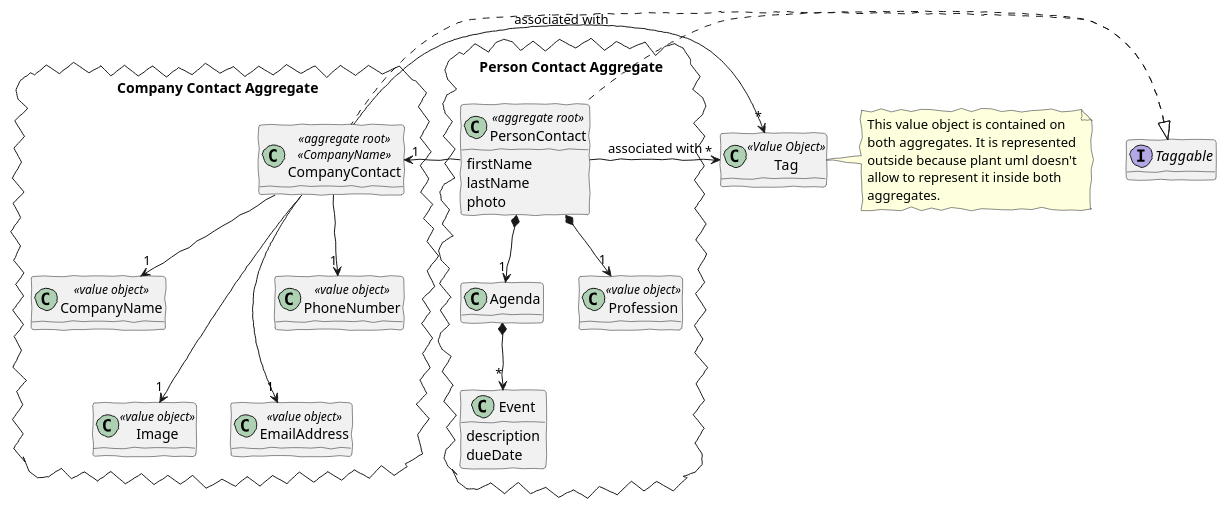
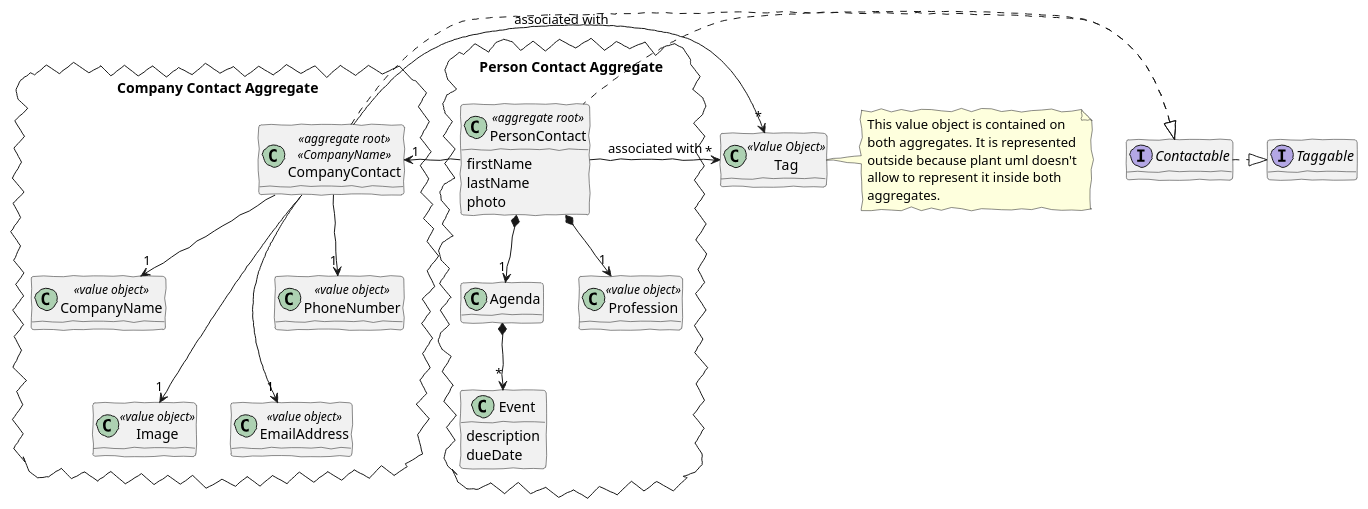
The diagram in src/main/java/lapr4/blue/s3/core/n1151159/contactswithtags/domain_model.puml (MikeTekOn/lapr4-2017-2dd), drawn with PlantUML before and after one commit. The commit also changed 18 other files, not shown here.

```diff
--- a/src/main/java/lapr4/blue/s3/core/n1151159/contactswithtags/domain_model.puml
+++ b/src/main/java/lapr4/blue/s3/core/n1151159/contactswithtags/domain_model.puml
@@ -1,61 +1,63 @@
 @startuml domain_model.png
 
 'http://plantuml.com/skinparam.html'
 skinparam handwritten true
 skinparam defaultFontName FG Virgil
 skinparam shadowing false
 
 hide methods
 
 class Tag << Value Object >>
+interface Contactable
 interface Taggable
 
 package "Person Contact Aggregate" <<Cloud>> {
     class PersonContact <<aggregate root>> {
         firstName
         lastName
         photo
     }
     class Agenda {
     }
     class Event {
         description
         dueDate
     }
     class Profession <<value object>>
 }
 
 package "Company Contact Aggregate" <<Cloud>> {
     class CompanyName <<value object>>
     class CompanyContact <<aggregate root>> <<CompanyName>>
     class Image  <<value object>>
     class EmailAddress  <<value object>>
     class PhoneNumber  <<value object>>
 }
 
 CompanyContact "1" <-   PersonContact
 CompanyContact     -->  "1" CompanyName
 CompanyContact     ---> "1" Image
 CompanyContact     ---> "1" EmailAddress
 CompanyContact     -->  "1" PhoneNumber
 
 PersonContact *--> "1" Profession
 PersonContact *--> "1" Agenda
 Agenda *-->        "*" Event
 
 Tag "*" <- PersonContact : associated with
 Tag "*" <- CompanyContact : associated with
-Taggable <|. PersonContact
-Taggable <|. CompanyContact
+Contactable <|. PersonContact
+Contactable <|. CompanyContact
+Contactable .|> Taggable
 
 note as N1
   This value object is contained on
   both aggregates. It is represented
   outside because plant uml doesn't
   allow to represent it inside both
   aggregates.
 end note
 
 Tag . N1
 
 @enduml
```
